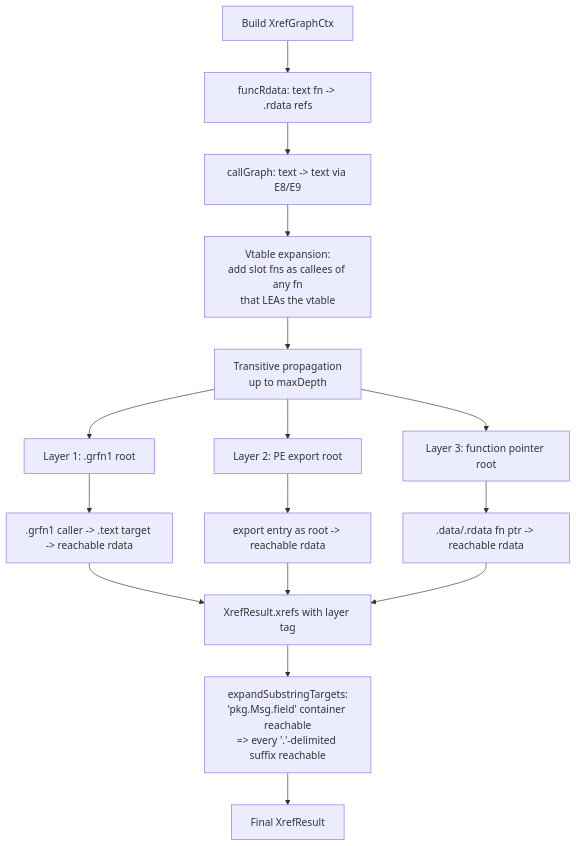
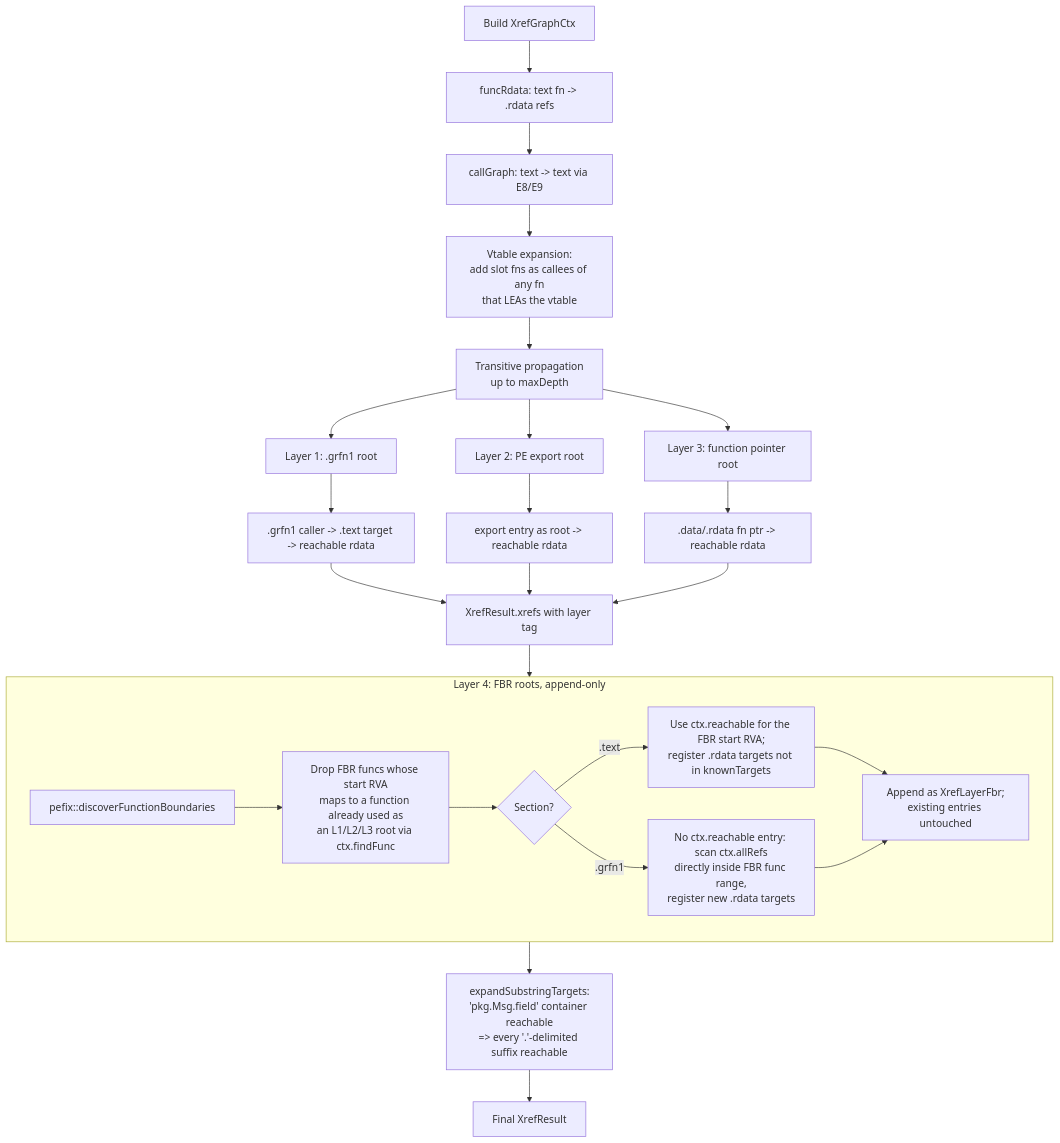
One commit to hajunwon/libgriffin changed the fourth of 5 diagrams in ALGORITHMS.md. Above: the diagram before and after it, drawn with Mermaid. The commit also changed other lines of this file and 3 other files, not shown here.

First line of the commit message:
add L4 FBR-root layer to xref reachability

````diff
--- a/ALGORITHMS.md
+++ b/ALGORITHMS.md
@@ -65,21 +65,32 @@
 ```mermaid
 flowchart TD
     A[Build XrefGraphCtx] --> B[funcRdata: text fn -> .rdata refs]
     B --> C[callGraph: text -> text via E8/E9]
     C --> D[Vtable expansion:<br/>add slot fns as callees of any fn<br/>that LEAs the vtable]
     D --> E[Transitive propagation<br/>up to maxDepth]
     E --> F[Layer 1: .grfn1 root]
     E --> G[Layer 2: PE export root]
     E --> H[Layer 3: function pointer root]
 
     F --> J[.grfn1 caller -> .text target -> reachable rdata]
     G --> K[export entry as root -> reachable rdata]
     H --> L[.data/.rdata fn ptr -> reachable rdata]
 
     J --> M[XrefResult.xrefs with layer tag]
     K --> M
     L --> M
 
-    M --> N[expandSubstringTargets:<br/>'pkg.Msg.field' container reachable<br/>=> every '.'-delimited suffix reachable]
+    M --> L4Block
+
+    subgraph L4Block[Layer 4: FBR roots, append-only]
+        L4A[pefix::discoverFunctionBoundaries] --> L4B[Drop FBR funcs whose start RVA<br/>maps to a function already used as<br/>an L1/L2/L3 root via ctx.findFunc]
+        L4B --> L4C{Section?}
+        L4C -->|.text| L4D[Use ctx.reachable for the FBR start RVA;<br/>register .rdata targets not in knownTargets]
+        L4C -->|.grfn1| L4E[No ctx.reachable entry: scan ctx.allRefs<br/>directly inside FBR func range,<br/>register new .rdata targets]
+        L4D --> L4F[Append as XrefLayerFbr;<br/>existing entries untouched]
+        L4E --> L4F
+    end
+
+    L4Block --> N[expandSubstringTargets:<br/>'pkg.Msg.field' container reachable<br/>=> every '.'-delimited suffix reachable]
     N --> O[Final XrefResult]
 ```
````
